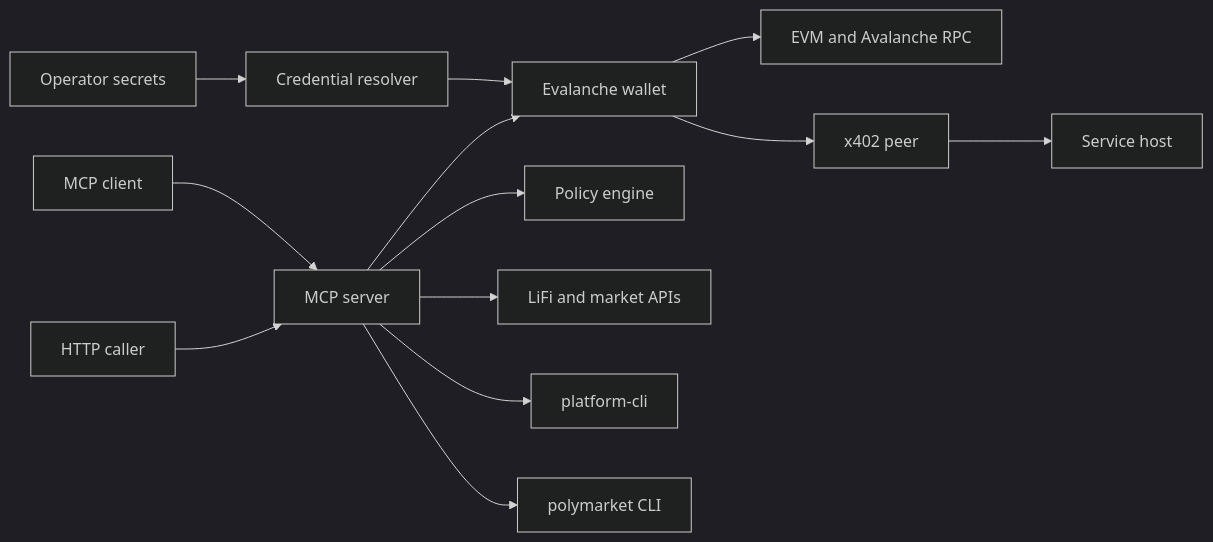
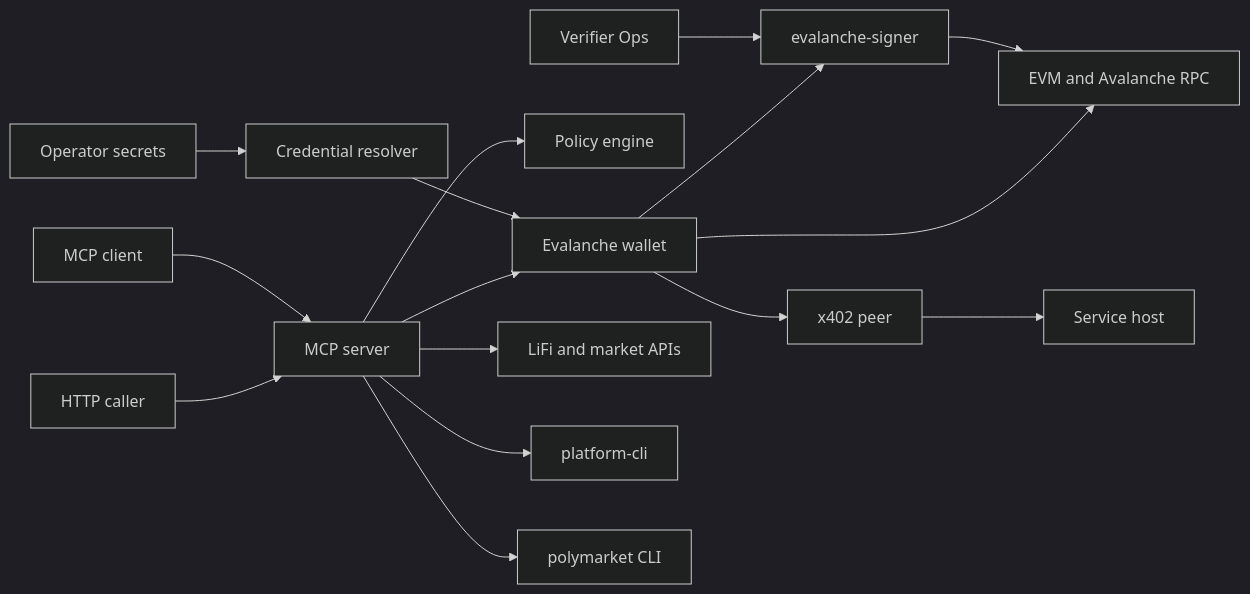
The diagram in evalanche-threat-model.md (iJaack/evalanche), drawn with Mermaid (dark theme) before and after one commit. The commit also changed other lines of this file and 141 other files, not shown here.

````diff
--- a/evalanche-threat-model.md
+++ b/evalanche-threat-model.md
@@ -49,15 +51,18 @@
 ```mermaid
 flowchart LR
   A["Operator secrets"] --> B["Credential resolver"]
   B --> C["Evalanche wallet"]
   D["MCP client"] --> E["MCP server"]
   F["HTTP caller"] --> E
   E --> C
   E --> G["Policy engine"]
-  C --> H["EVM and Avalanche RPC"]
+  V["Verifier Ops"] --> S["evalanche-signer"]
+  C --> S
+  S --> H["EVM and Avalanche RPC"]
+  C --> H
   E --> I["LiFi and market APIs"]
   E --> J["platform-cli"]
   E --> M["polymarket CLI"]
   K["x402 peer"] --> L["Service host"]
   C --> K
 ```
````
